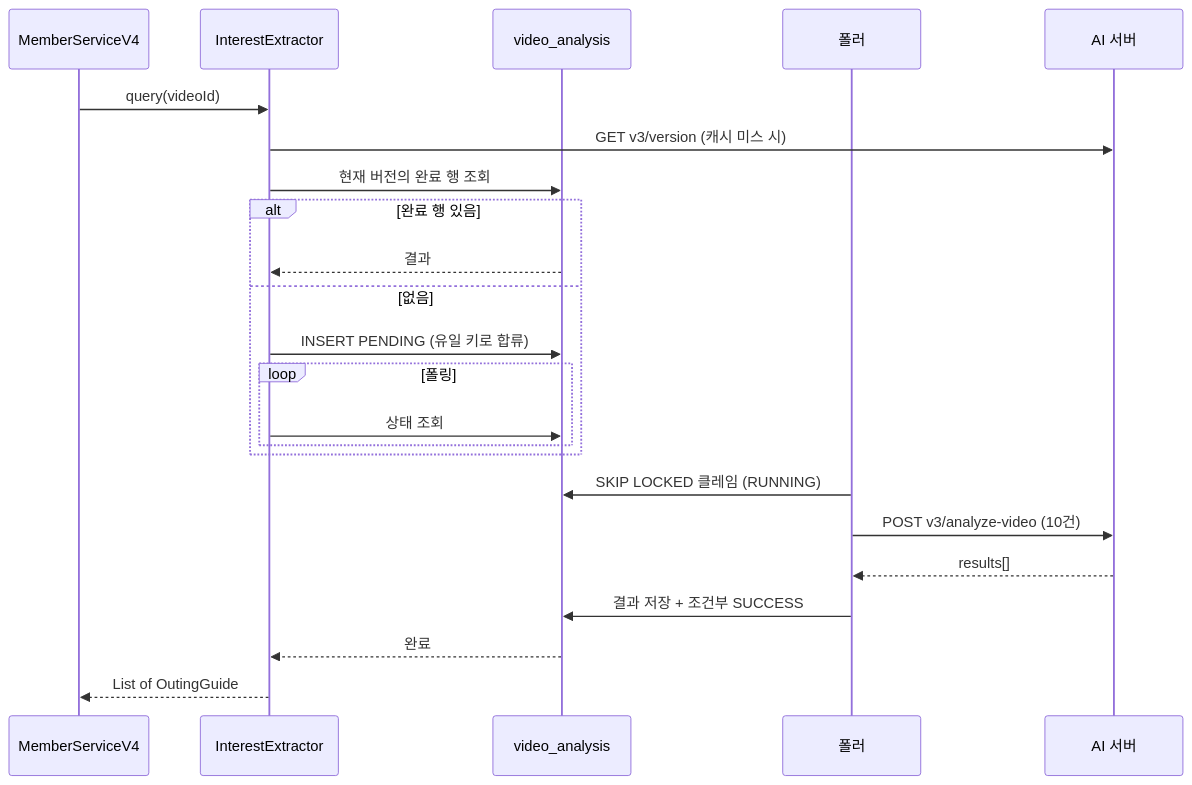
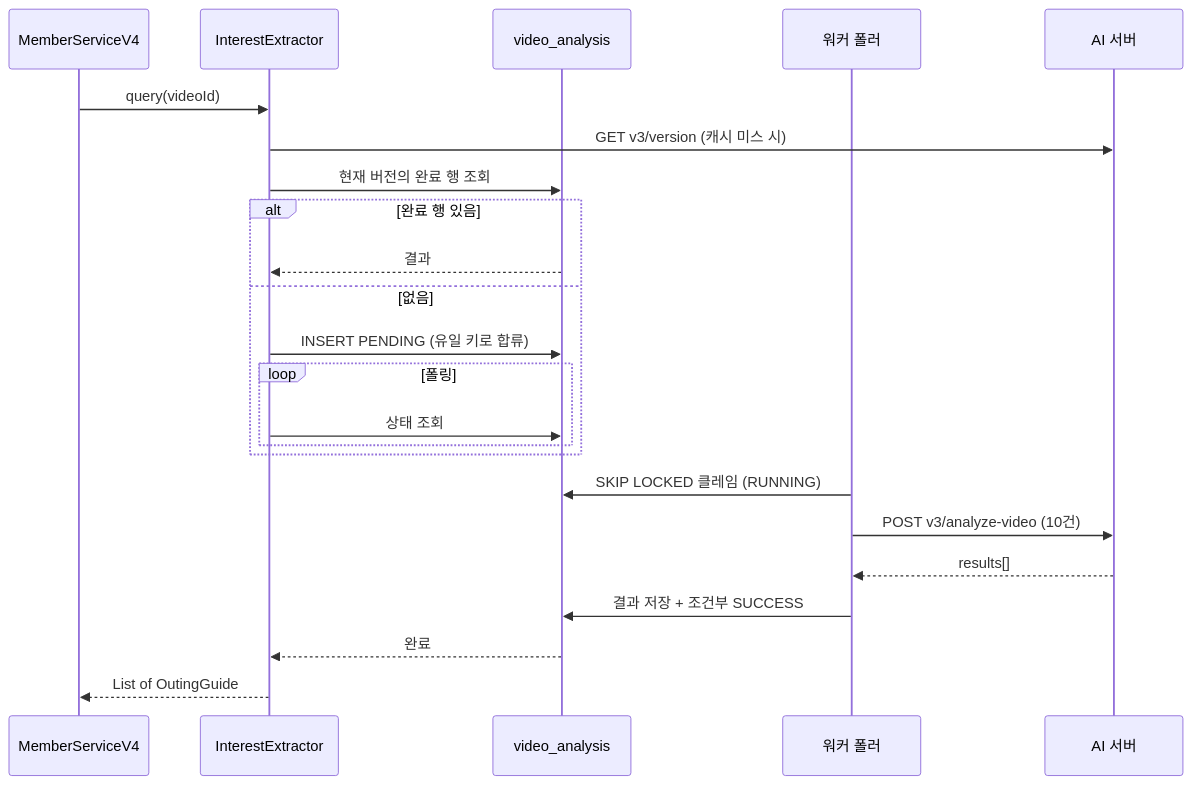
One commit to 100-hours-a-week/KTB4-8th-BE changed the second of 3 diagrams in docs/db-analysis-queue-design.md. Above: the diagram before and after it, drawn with Mermaid. The commit also changed other lines of this file, not shown here.

````diff
--- a/docs/db-analysis-queue-design.md
+++ b/docs/db-analysis-queue-design.md
@@ -65,26 +69,26 @@
 ```mermaid
 sequenceDiagram
     participant M as MemberServiceV4
     participant P as InterestExtractor
     participant D as video_analysis
-    participant C as 폴러
+    participant C as 워커 폴러
     participant A as AI 서버
 
     M->>P: query(videoId)
     P->>A: GET v3/version (캐시 미스 시)
     P->>D: 현재 버전의 완료 행 조회
     alt 완료 행 있음
         D-->>P: 결과
     else 없음
         P->>D: INSERT PENDING (유일 키로 합류)
         loop 폴링
             P->>D: 상태 조회
         end
     end
     C->>D: SKIP LOCKED 클레임 (RUNNING)
     C->>A: POST v3/analyze-video (10건)
     A-->>C: results[]
     C->>D: 결과 저장 + 조건부 SUCCESS
     D-->>P: 완료
     P-->>M: List of OutingGuide
 ```
````
